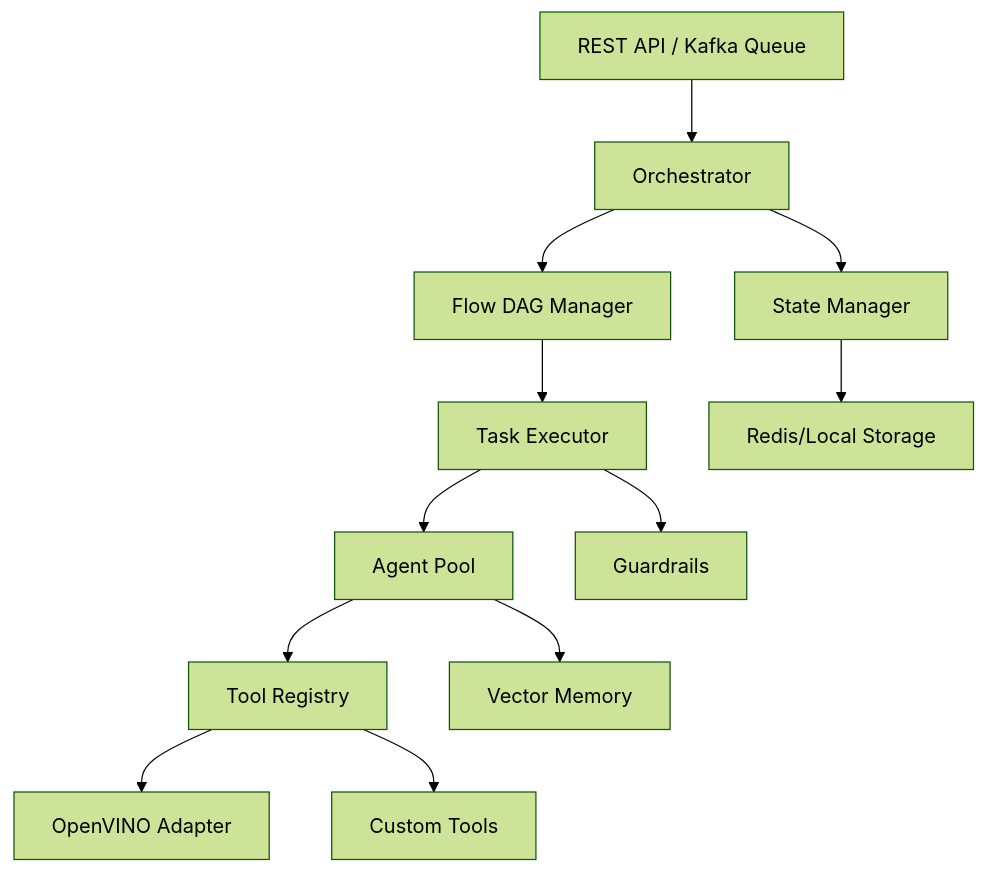
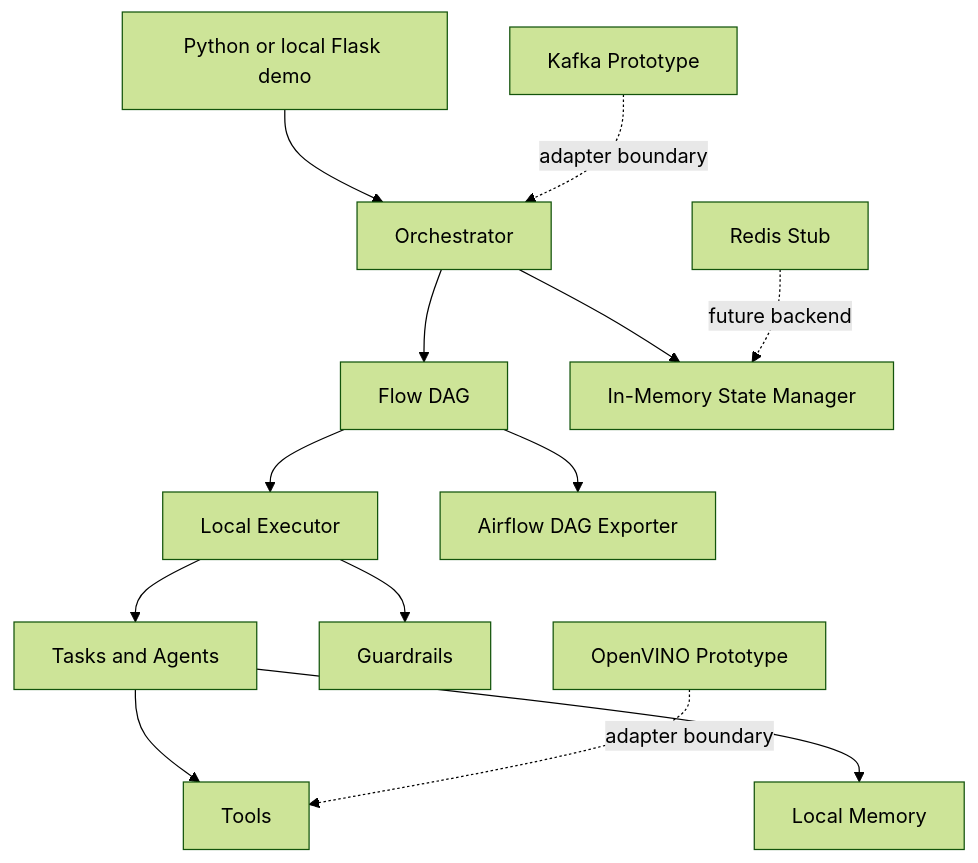
Before and after one commit to JayeshCC/Aiwork: the diagram in README.md, drawn with Mermaid (forest theme). The commit also changed other lines of this file and 6 other files, not shown here.

````diff
--- a/README.md
+++ b/README.md
@@ -23,14 +36,15 @@
 ```mermaid
 graph TD
-    A[REST API / Kafka Queue] --> B[Orchestrator]
-    B --> C[Flow DAG Manager]
-    C --> D[Task Executor]
-    D --> E[Agent Pool]
-    E --> F[Tool Registry]
-    E --> G[Vector Memory]
+    A[Python or local Flask demo] --> B[Orchestrator]
+    B --> C[Flow DAG]
+    C --> D[Local Executor]
+    D --> E[Tasks and Agents]
+    E --> F[Tools]
+    E --> G[Local Memory]
     D --> H[Guardrails]
-    B --> I[State Manager]
-    F --> J[OpenVINO Adapter]
-    F --> K[Custom Tools]
-    I --> L[Redis/Local Storage]
+    B --> I[In-Memory State Manager]
+    C --> J[Airflow DAG Exporter]
+    K[Kafka Prototype] -. adapter boundary .-> B
+    L[OpenVINO Prototype] -. adapter boundary .-> F
+    M[Redis Stub] -. future backend .-> I
 ```
````
